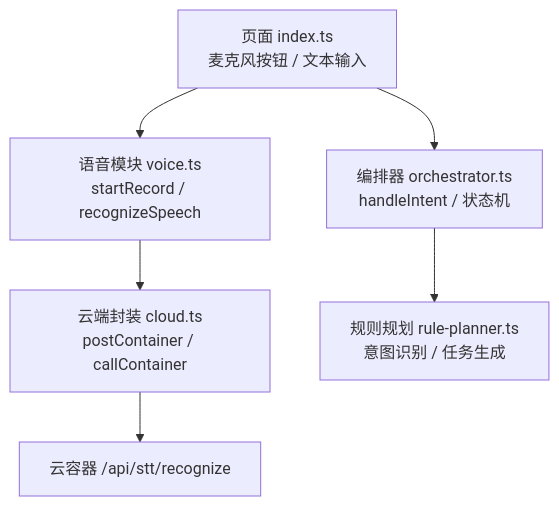
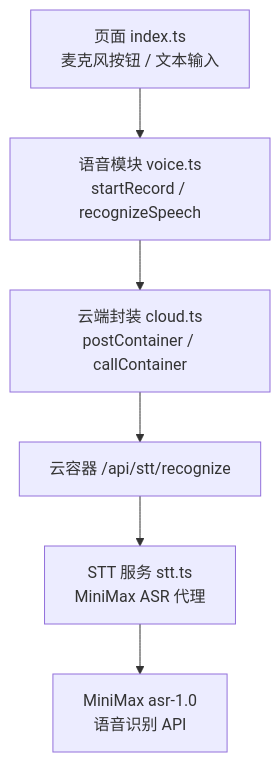
The first of 5 diagrams in .qoder/repowiki/zh/content/用户界面/交互层设计/语音交互功能.md (Ichi-Hackton/WAIC-WeChat-MiniProgram), drawn with Mermaid before and after one commit. The commit also changed other lines of this file and 39 other files, not shown here.

````diff
--- a/.qoder/repowiki/zh/content/用户界面/交互层设计/语音交互功能.md
+++ b/.qoder/repowiki/zh/content/用户界面/交互层设计/语音交互功能.md
@@ -43,8 +48,8 @@
 ```mermaid
 graph TB
 UI["页面 index.ts<br/>麦克风按钮 / 文本输入"] --> Voice["语音模块 voice.ts<br/>startRecord / recognizeSpeech"]
 Voice --> Cloud["云端封装 cloud.ts<br/>postContainer / callContainer"]
 Cloud --> Container["云容器 /api/stt/recognize"]
-UI --> Orchestrator["编排器 orchestrator.ts<br/>handleIntent / 状态机"]
-Orchestrator --> Planner["规则规划 rule-planner.ts<br/>意图识别 / 任务生成"]
+Container --> STT["STT 服务 stt.ts<br/>MiniMax ASR 代理"]
+STT --> MiniMax["MiniMax asr-1.0<br/>语音识别 API"]
 ```
````
